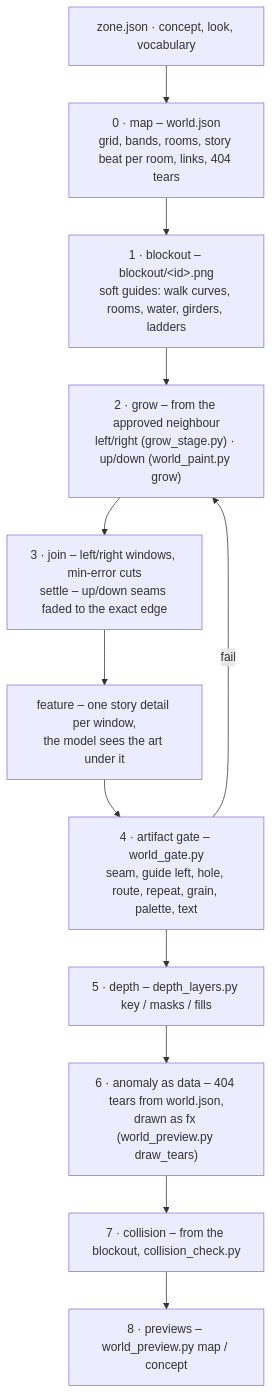
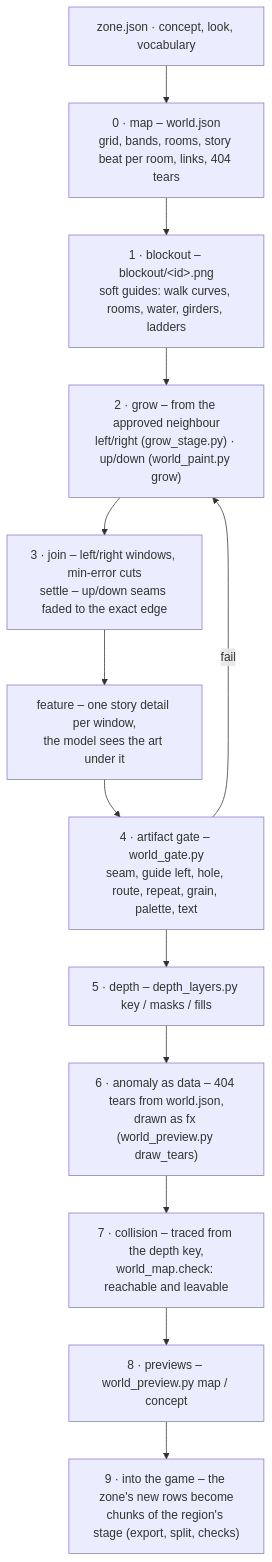
Before and after one commit to THD-AI/WinCS: the first of 9 diagrams in docs/09-ART-PIPELINE.md, drawn with Mermaid. The commit also changed other lines of this file and 68 other files, not shown here.

````diff
--- a/docs/09-ART-PIPELINE.md
+++ b/docs/09-ART-PIPELINE.md
@@ -36,14 +36,15 @@
 ```mermaid
 flowchart TD
   Z["zone.json · concept, look, vocabulary"] --> M["0 · map – world.json<br/>grid, bands, rooms, story beat per room, links, 404 tears"]
   M --> B["1 · blockout – blockout/&lt;id&gt;.png<br/>soft guides: walk curves, rooms, water, girders, ladders"]
   B --> G["2 · grow – from the approved neighbour<br/>left/right (grow_stage.py) · up/down (world_paint.py grow)"]
   G --> J["3 · join – left/right windows, min-error cuts<br/>settle – up/down seams faded to the exact edge"]
   J --> F["feature – one story detail per window,<br/>the model sees the art under it"]
   F --> A["4 · artifact gate – world_gate.py<br/>seam, guide left, hole, route, repeat, grain, palette, text"]
   A -->|fail| G
   A --> D["5 · depth – depth_layers.py key / masks / fills"]
   D --> X["6 · anomaly as data – 404 tears from world.json,<br/>drawn as fx (world_preview.py draw_tears)"]
-  X --> C["7 · collision – from the blockout, collision_check.py"]
+  X --> C["7 · collision – traced from the depth key,<br/>world_map.check: reachable and leavable"]
   C --> V["8 · previews – world_preview.py map / concept"]
+  V --> S["9 · into the game – the zone's new rows become<br/>chunks of the region's stage (export, split, checks)"]
 ```
````
